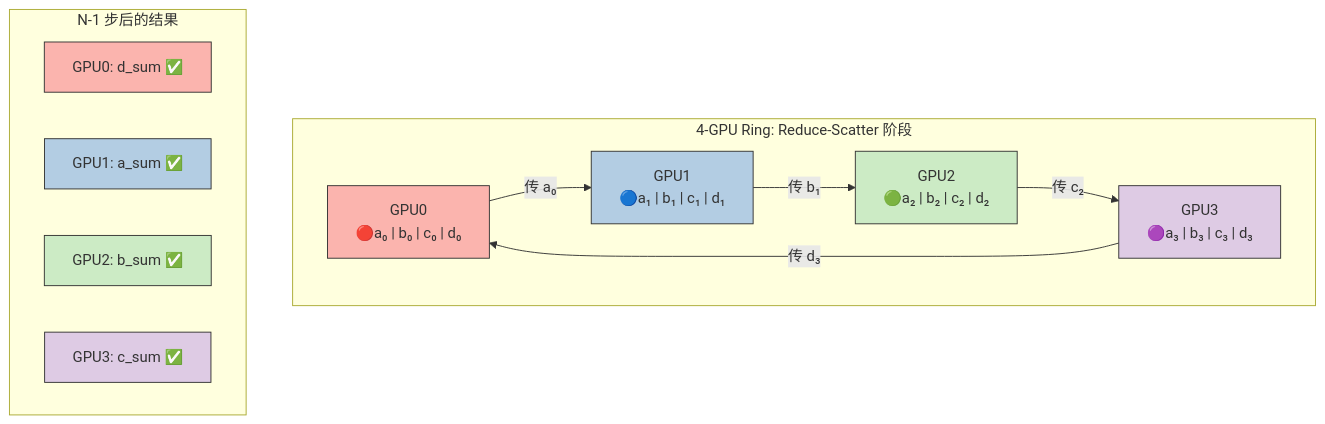
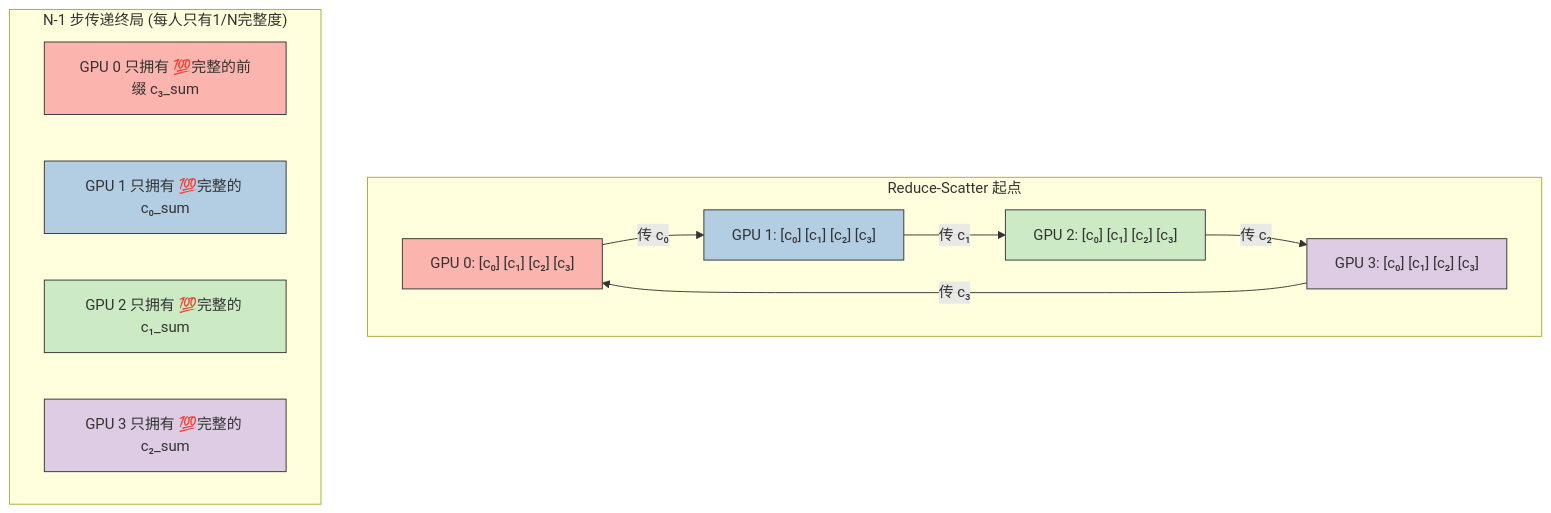
Before and after one commit to psmarter/CUDA-Practice: the first of 2 diagrams in Blogs/15_Multi_GPU_NCCL_AllReduce.md, drawn with Mermaid. The commit also changed other lines of this file and 14 other files, not shown here.

````diff
--- a/Blogs/15_Multi_GPU_NCCL_AllReduce.md
+++ b/Blogs/15_Multi_GPU_NCCL_AllReduce.md
@@ -40,26 +86,27 @@
 ```mermaid
 graph TD
     classDef g0 fill:#fbb4ae,stroke:#333;
     classDef g1 fill:#b3cde3,stroke:#333;
     classDef g2 fill:#ccebc5,stroke:#333;
     classDef g3 fill:#decbe4,stroke:#333;
 
-    subgraph "4-GPU Ring: Reduce-Scatter 阶段"
+    subgraph "Reduce-Scatter 起点"
         direction LR
-        S0["GPU0\n🔴a₀ | b₀ | c₀ | d₀"]:::g0
-        S1["GPU1\n🔵a₁ | b₁ | c₁ | d₁"]:::g1
-        S2["GPU2\n🟢a₂ | b₂ | c₂ | d₂"]:::g2
-        S3["GPU3\n🟣a₃ | b₃ | c₃ | d₃"]:::g3
-        S0 --> |"传 a₀"| S1
-        S1 --> |"传 b₁"| S2
+        S0["GPU 0: [c₀] [c₁] [c₂] [c₃]"]:::g0
+        S1["GPU 1: [c₀] [c₁] [c₂] [c₃]"]:::g1
+        S2["GPU 2: [c₀] [c₁] [c₂] [c₃]"]:::g2
+        S3["GPU 3: [c₀] [c₁] [c₂] [c₃]"]:::g3
+        
+        S0 --> |"传 c₀"| S1
+        S1 --> |"传 c₁"| S2
         S2 --> |"传 c₂"| S3
-        S3 --> |"传 d₃"| S0
+        S3 --> |"传 c₃"| S0
     end
 
-    subgraph "N-1 步后的结果"
-        R0["GPU0: d_sum ✅"]:::g0
-        R1["GPU1: a_sum ✅"]:::g1
-        R2["GPU2: b_sum ✅"]:::g2
-        R3["GPU3: c_sum ✅"]:::g3
+    subgraph "N-1 步传递终局 (每人只有1/N完整度)"
+        R0["GPU 0 只拥有 💯完整的前缀 c₃_sum"]:::g0
+        R1["GPU 1 只拥有 💯完整的 c₀_sum"]:::g1
+        R2["GPU 2 只拥有 💯完整的 c₁_sum"]:::g2
+        R3["GPU 3 只拥有 💯完整的 c₂_sum"]:::g3
     end
 ```
````
